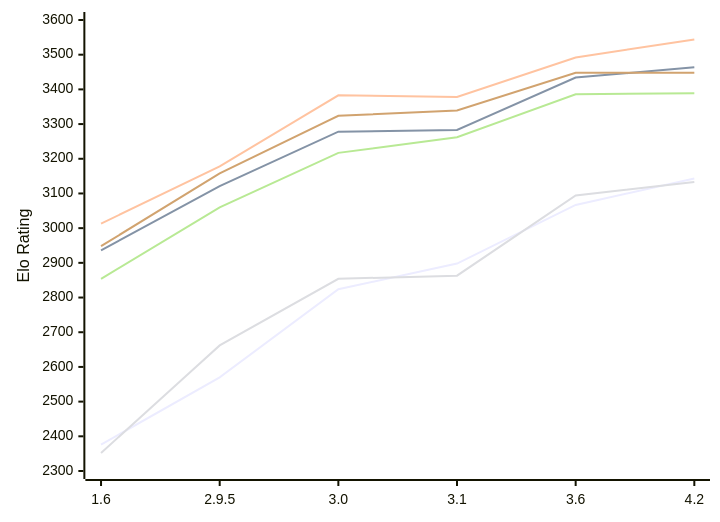
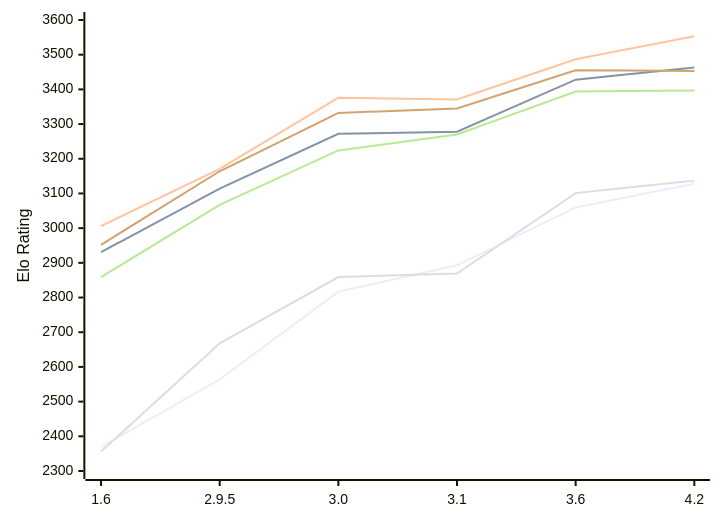
The diagram in engines/Chessenger.md (computer-chess-index/cci), drawn with Mermaid before and after one commit. The commit also changed other lines of this file, not shown here.

Commit message:
Update CCI Ratings (ELO VLTC) - 2026-11-18

````diff
--- a/engines/Chessenger.md
+++ b/engines/Chessenger.md
@@ -57,12 +57,12 @@
 ```mermaid
 %%{init: {"theme":"base","themeVariables":{"seriesColors:['#a3a3a3','#222221','#faa371']}}}%%
 xychart-beta
   x-axis ["1.6", "2.9.5", "3.0", "3.1", "3.6", "4.2"]
   y-axis "Elo Rating" 2300 --> 3600
-  line "E1: STC (8.0+0.08s)" [2376, 2570, 2824, 2898, 3067, 3143]
-  line "E1: LTC (60.0+0.60s)" [2936, 3121, 3278, 3283, 3434, 3464]
-  line "E1: VLTC (2m24s+1.12s)" [3013, 3178, 3383, 3378, 3492, 3544]
-  line "P1: STC (8.0+0.08s)" [2352, 2662, 2854, 2863, 3094, 3133]
-  line "P1: LTC (60.0+0.60s)" [2854, 3060, 3217, 3262, 3386, 3389]
-  line "P1: VLTC (2m24s+1.12s)" [2948, 3158, 3324, 3339, 3448, 3448]
+  line "E1: STC (8.0+0.08s)" [2369, 2564, 2817, 2893, 3060, 3128]
+  line "E1: LTC (60.0+0.60s)" [2931, 3114, 3272, 3278, 3428, 3463]
+  line "E1: VLTC (2m24s+1.12s)" [3006, 3171, 3376, 3371, 3487, 3553]
+  line "P1: STC (8.0+0.08s)" [2356, 2668, 2859, 2869, 3101, 3137]
+  line "P1: LTC (60.0+0.60s)" [2859, 3067, 3224, 3270, 3394, 3397]
+  line "P1: VLTC (2m24s+1.12s)" [2952, 3164, 3332, 3345, 3455, 3453]
 ```
````
